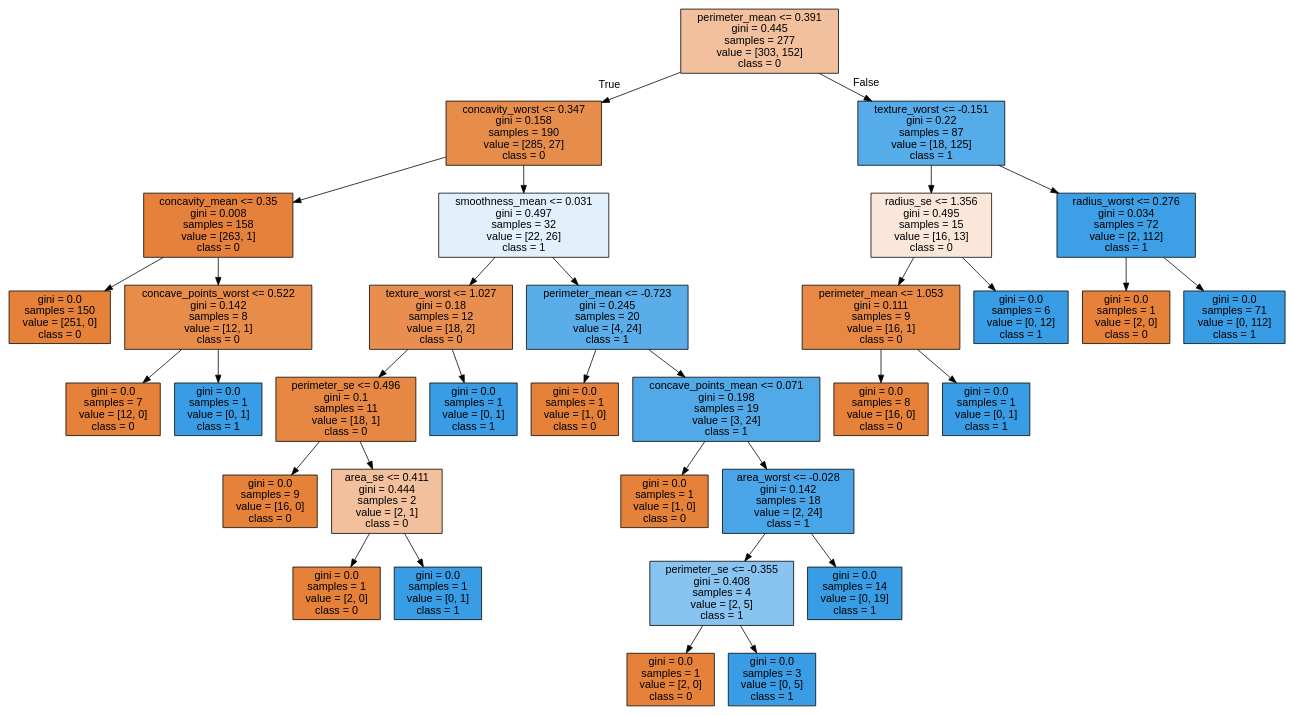
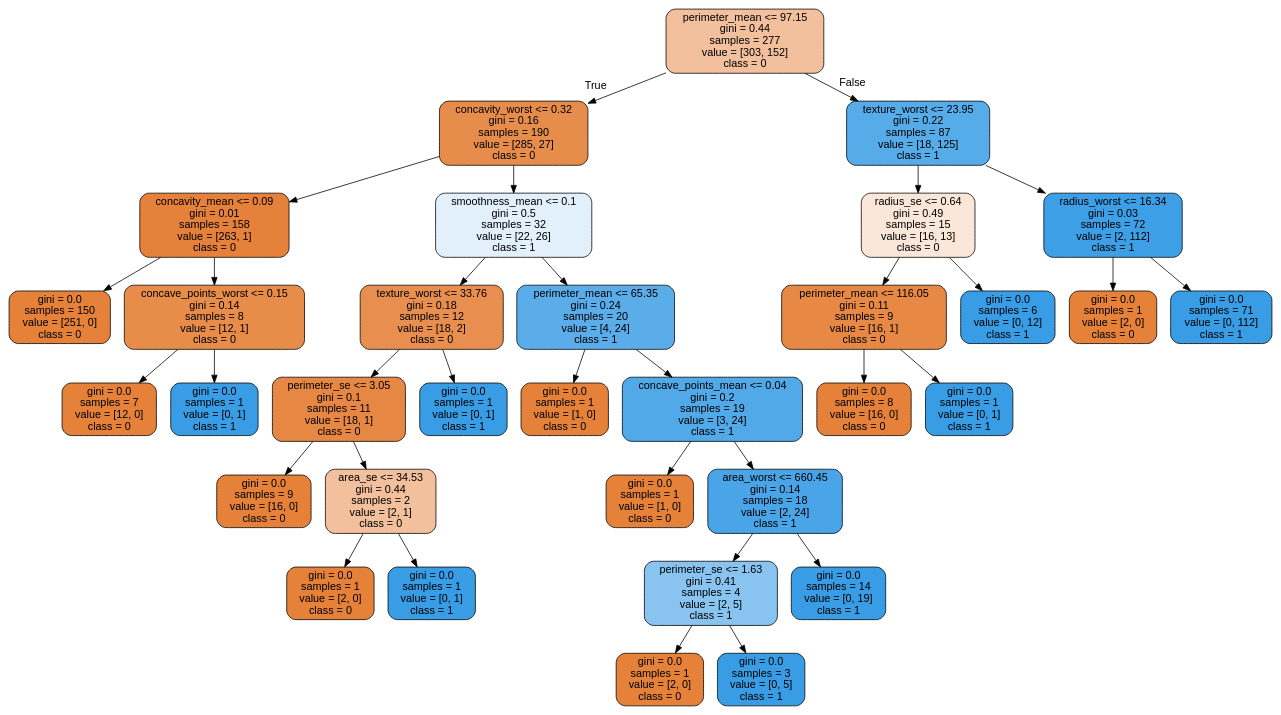
Before and after one commit to cyrilvincent/math: the diagram in data/breast-cancer/tree.dot, drawn with Graphviz. The commit also changed 1 other file, not shown here.

```diff
--- a/data/breast-cancer/tree.dot
+++ b/data/breast-cancer/tree.dot
@@ -1,69 +1,69 @@
 digraph Tree {
-node [shape=box, style="filled", color="black", fontname="helvetica"] ;
+node [shape=box, style="filled, rounded", color="black", fontname="helvetica"] ;
 edge [fontname="helvetica"] ;
-0 [label="perimeter_mean <= 0.391\ngini = 0.445\nsamples = 277\nvalue = [303, 152]\nclass = 0", fillcolor="#f2c09c"] ;
-1 [label="concavity_worst <= 0.347\ngini = 0.158\nsamples = 190\nvalue = [285, 27]\nclass = 0", fillcolor="#e78d4c"] ;
+0 [label="perimeter_mean <= 97.15\ngini = 0.44\nsamples = 277\nvalue = [303, 152]\nclass = 0", fillcolor="#f2c09c"] ;
+1 [label="concavity_worst <= 0.32\ngini = 0.16\nsamples = 190\nvalue = [285, 27]\nclass = 0", fillcolor="#e78d4c"] ;
 0 -> 1 [labeldistance=2.5, labelangle=45, headlabel="True"] ;
-2 [label="concavity_mean <= 0.35\ngini = 0.008\nsamples = 158\nvalue = [263, 1]\nclass = 0", fillcolor="#e5813a"] ;
+2 [label="concavity_mean <= 0.09\ngini = 0.01\nsamples = 158\nvalue = [263, 1]\nclass = 0", fillcolor="#e5813a"] ;
 1 -> 2 ;
 3 [label="gini = 0.0\nsamples = 150\nvalue = [251, 0]\nclass = 0", fillcolor="#e58139"] ;
 2 -> 3 ;
-4 [label="concave_points_worst <= 0.522\ngini = 0.142\nsamples = 8\nvalue = [12, 1]\nclass = 0", fillcolor="#e78c49"] ;
+4 [label="concave_points_worst <= 0.15\ngini = 0.14\nsamples = 8\nvalue = [12, 1]\nclass = 0", fillcolor="#e78c49"] ;
 2 -> 4 ;
 5 [label="gini = 0.0\nsamples = 7\nvalue = [12, 0]\nclass = 0", fillcolor="#e58139"] ;
 4 -> 5 ;
 6 [label="gini = 0.0\nsamples = 1\nvalue = [0, 1]\nclass = 1", fillcolor="#399de5"] ;
 4 -> 6 ;
-7 [label="smoothness_mean <= 0.031\ngini = 0.497\nsamples = 32\nvalue = [22, 26]\nclass = 1", fillcolor="#e1f0fb"] ;
+7 [label="smoothness_mean <= 0.1\ngini = 0.5\nsamples = 32\nvalue = [22, 26]\nclass = 1", fillcolor="#e1f0fb"] ;
 1 -> 7 ;
-8 [label="texture_worst <= 1.027\ngini = 0.18\nsamples = 12\nvalue = [18, 2]\nclass = 0", fillcolor="#e88f4f"] ;
+8 [label="texture_worst <= 33.76\ngini = 0.18\nsamples = 12\nvalue = [18, 2]\nclass = 0", fillcolor="#e88f4f"] ;
 7 -> 8 ;
-9 [label="perimeter_se <= 0.496\ngini = 0.1\nsamples = 11\nvalue = [18, 1]\nclass = 0", fillcolor="#e68844"] ;
+9 [label="perimeter_se <= 3.05\ngini = 0.1\nsamples = 11\nvalue = [18, 1]\nclass = 0", fillcolor="#e68844"] ;
 8 -> 9 ;
 10 [label="gini = 0.0\nsamples = 9\nvalue = [16, 0]\nclass = 0", fillcolor="#e58139"] ;
 9 -> 10 ;
-11 [label="area_se <= 0.411\ngini = 0.444\nsamples = 2\nvalue = [2, 1]\nclass = 0", fillcolor="#f2c09c"] ;
+11 [label="area_se <= 34.53\ngini = 0.44\nsamples = 2\nvalue = [2, 1]\nclass = 0", fillcolor="#f2c09c"] ;
 9 -> 11 ;
 12 [label="gini = 0.0\nsamples = 1\nvalue = [2, 0]\nclass = 0", fillcolor="#e58139"] ;
 11 -> 12 ;
 13 [label="gini = 0.0\nsamples = 1\nvalue = [0, 1]\nclass = 1", fillcolor="#399de5"] ;
 11 -> 13 ;
 14 [label="gini = 0.0\nsamples = 1\nvalue = [0, 1]\nclass = 1", fillcolor="#399de5"] ;
 8 -> 14 ;
-15 [label="perimeter_mean <= -0.723\ngini = 0.245\nsamples = 20\nvalue = [4, 24]\nclass = 1", fillcolor="#5aade9"] ;
+15 [label="perimeter_mean <= 65.35\ngini = 0.24\nsamples = 20\nvalue = [4, 24]\nclass = 1", fillcolor="#5aade9"] ;
 7 -> 15 ;
 16 [label="gini = 0.0\nsamples = 1\nvalue = [1, 0]\nclass = 0", fillcolor="#e58139"] ;
 15 -> 16 ;
-17 [label="concave_points_mean <= 0.071\ngini = 0.198\nsamples = 19\nvalue = [3, 24]\nclass = 1", fillcolor="#52a9e8"] ;
+17 [label="concave_points_mean <= 0.04\ngini = 0.2\nsamples = 19\nvalue = [3, 24]\nclass = 1", fillcolor="#52a9e8"] ;
 15 -> 17 ;
 18 [label="gini = 0.0\nsamples = 1\nvalue = [1, 0]\nclass = 0", fillcolor="#e58139"] ;
 17 -> 18 ;
-19 [label="area_worst <= -0.028\ngini = 0.142\nsamples = 18\nvalue = [2, 24]\nclass = 1", fillcolor="#49a5e7"] ;
+19 [label="area_worst <= 660.45\ngini = 0.14\nsamples = 18\nvalue = [2, 24]\nclass = 1", fillcolor="#49a5e7"] ;
 17 -> 19 ;
-20 [label="perimeter_se <= -0.355\ngini = 0.408\nsamples = 4\nvalue = [2, 5]\nclass = 1", fillcolor="#88c4ef"] ;
+20 [label="perimeter_se <= 1.63\ngini = 0.41\nsamples = 4\nvalue = [2, 5]\nclass = 1", fillcolor="#88c4ef"] ;
 19 -> 20 ;
 21 [label="gini = 0.0\nsamples = 1\nvalue = [2, 0]\nclass = 0", fillcolor="#e58139"] ;
 20 -> 21 ;
 22 [label="gini = 0.0\nsamples = 3\nvalue = [0, 5]\nclass = 1", fillcolor="#399de5"] ;
 20 -> 22 ;
 23 [label="gini = 0.0\nsamples = 14\nvalue = [0, 19]\nclass = 1", fillcolor="#399de5"] ;
 19 -> 23 ;
-24 [label="texture_worst <= -0.151\ngini = 0.22\nsamples = 87\nvalue = [18, 125]\nclass = 1", fillcolor="#56abe9"] ;
+24 [label="texture_worst <= 23.95\ngini = 0.22\nsamples = 87\nvalue = [18, 125]\nclass = 1", fillcolor="#56abe9"] ;
 0 -> 24 [labeldistance=2.5, labelangle=-45, headlabel="False"] ;
-25 [label="radius_se <= 1.356\ngini = 0.495\nsamples = 15\nvalue = [16, 13]\nclass = 0", fillcolor="#fae7da"] ;
+25 [label="radius_se <= 0.64\ngini = 0.49\nsamples = 15\nvalue = [16, 13]\nclass = 0", fillcolor="#fae7da"] ;
 24 -> 25 ;
-26 [label="perimeter_mean <= 1.053\ngini = 0.111\nsamples = 9\nvalue = [16, 1]\nclass = 0", fillcolor="#e78945"] ;
+26 [label="perimeter_mean <= 116.05\ngini = 0.11\nsamples = 9\nvalue = [16, 1]\nclass = 0", fillcolor="#e78945"] ;
 25 -> 26 ;
 27 [label="gini = 0.0\nsamples = 8\nvalue = [16, 0]\nclass = 0", fillcolor="#e58139"] ;
 26 -> 27 ;
 28 [label="gini = 0.0\nsamples = 1\nvalue = [0, 1]\nclass = 1", fillcolor="#399de5"] ;
 26 -> 28 ;
 29 [label="gini = 0.0\nsamples = 6\nvalue = [0, 12]\nclass = 1", fillcolor="#399de5"] ;
 25 -> 29 ;
-30 [label="radius_worst <= 0.276\ngini = 0.034\nsamples = 72\nvalue = [2, 112]\nclass = 1", fillcolor="#3d9fe5"] ;
+30 [label="radius_worst <= 16.34\ngini = 0.03\nsamples = 72\nvalue = [2, 112]\nclass = 1", fillcolor="#3d9fe5"] ;
 24 -> 30 ;
 31 [label="gini = 0.0\nsamples = 1\nvalue = [2, 0]\nclass = 0", fillcolor="#e58139"] ;
 30 -> 31 ;
 32 [label="gini = 0.0\nsamples = 71\nvalue = [0, 112]\nclass = 1", fillcolor="#399de5"] ;
 30 -> 32 ;
 }
```
